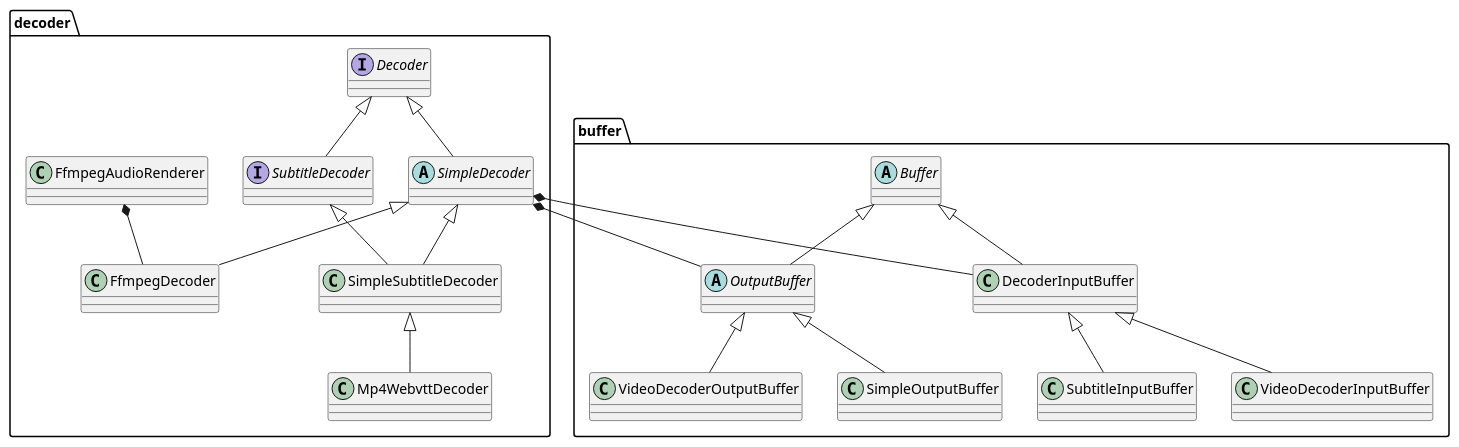
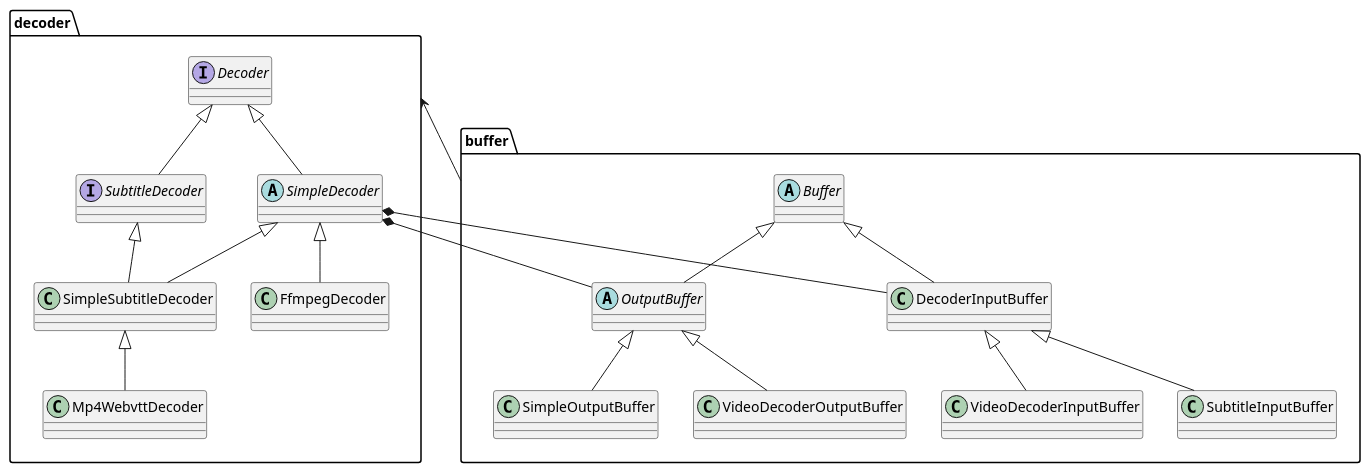
The diagram in uml/decoder.puml (tdounnyy/exoplayer_note), drawn with PlantUML before and after one commit. The commit also changed 4 other files, not shown here.

```diff
--- a/uml/decoder.puml
+++ b/uml/decoder.puml
@@ -2,42 +2,42 @@
 @startuml
 'A media decoder
 package decoder {
 
 interface Decoder
 abstract class SimpleDecoder
 interface SubtitleDecoder
 class FfmpegDecoder
 class SimpleSubtitleDecoder
 class Mp4WebvttDecoder
 
 Decoder <|-- SimpleDecoder
 Decoder <|-- SubtitleDecoder
 SimpleDecoder <|-- FfmpegDecoder
 SimpleDecoder <|-- SimpleSubtitleDecoder
 SubtitleDecoder <|-- SimpleSubtitleDecoder
 SimpleSubtitleDecoder <|-- Mp4WebvttDecoder
-FfmpegAudioRenderer *-- FfmpegDecoder
 }
 
 package buffer{
 
 'Buffer
 abstract class Buffer
 abstract class OutputBuffer
 class DecoderInputBuffer
 class VideoDecoderInputBuffer
 class SubtitleInputBuffer
 class SimpleOutputBuffer
 class VideoDecoderOutputBuffer
 
 Buffer <|-- OutputBuffer
 Buffer <|-- DecoderInputBuffer
 SimpleDecoder *-- OutputBuffer
 SimpleDecoder *-- DecoderInputBuffer
 DecoderInputBuffer <|-- VideoDecoderInputBuffer
 DecoderInputBuffer <|-- SubtitleInputBuffer
 OutputBuffer <|-- SimpleOutputBuffer
 OutputBuffer <|-- VideoDecoderOutputBuffer
+}
 
-}
+decoder <-- buffer
 @enduml
```
